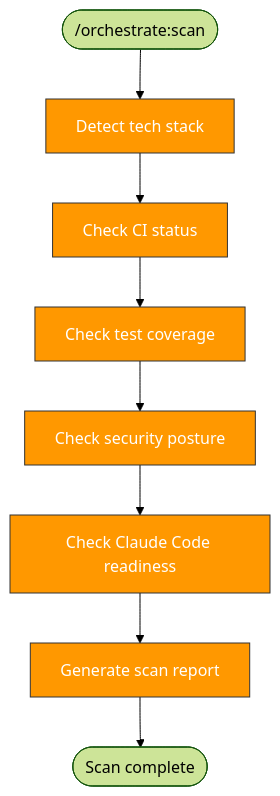
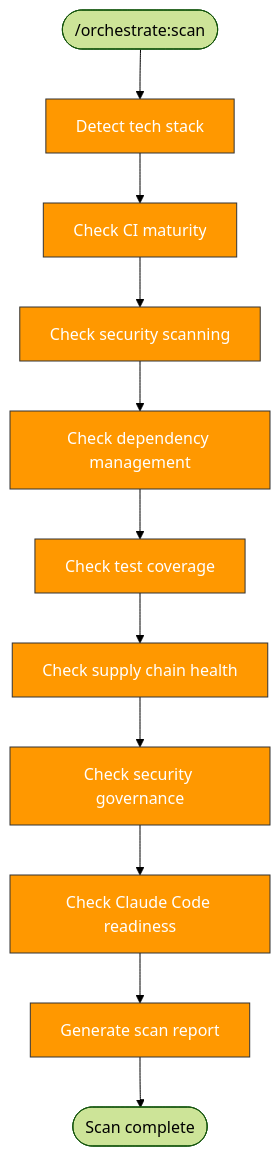
One commit to pdettori/kagenti changed the diagram in .claude/skills/orchestrate:scan/SKILL.md. Above: the diagram before and after it, drawn with Mermaid (forest theme). The commit also changed other lines of this file and 5 other files, not shown here.

````diff
--- a/.claude/skills/orchestrate:scan/SKILL.md
+++ b/.claude/skills/orchestrate:scan/SKILL.md
@@ -6,12 +6,15 @@
 ```mermaid
 flowchart TD
     START(["/orchestrate:scan"]) --> TECH["Detect tech stack"]:::orch
-    TECH --> CI["Check CI status"]:::orch
-    CI --> TESTS["Check test coverage"]:::orch
-    TESTS --> SEC["Check security posture"]:::orch
-    SEC --> CLAUDE["Check Claude Code readiness"]:::orch
+    TECH --> CI["Check CI maturity"]:::orch
+    CI --> SEC_SCAN["Check security scanning"]:::orch
+    SEC_SCAN --> DEPS["Check dependency management"]:::orch
+    DEPS --> TESTS["Check test coverage"]:::orch
+    TESTS --> SUPPLY["Check supply chain health"]:::orch
+    SUPPLY --> SEC_GOV["Check security governance"]:::orch
+    SEC_GOV --> CLAUDE["Check Claude Code readiness"]:::orch
     CLAUDE --> REPORT["Generate scan report"]:::orch
     REPORT --> DONE([Scan complete])
 
     classDef orch fill:#FF9800,stroke:#333,color:white
 ```
````
